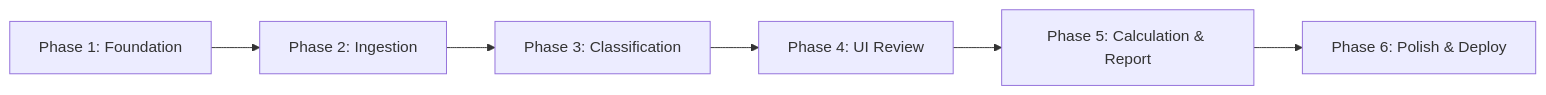
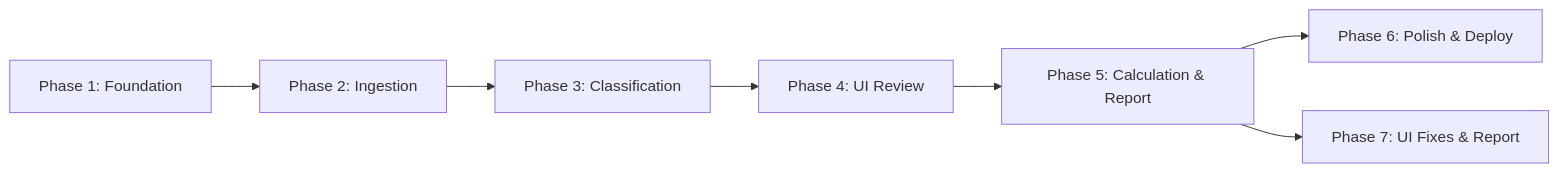
Before and after one commit to fjacquet/store-predict: the first of 2 diagrams in .planning/ROADMAP.md, drawn with Mermaid. The commit also changed other lines of this file and 2 other files, not shown here.

````diff
--- a/.planning/ROADMAP.md
+++ b/.planning/ROADMAP.md
@@ -5,8 +5,9 @@
 ```mermaid
 graph LR
     P1[Phase 1: Foundation] --> P2[Phase 2: Ingestion]
     P2 --> P3[Phase 3: Classification]
     P3 --> P4[Phase 4: UI Review]
     P4 --> P5[Phase 5: Calculation & Report]
     P5 --> P6[Phase 6: Polish & Deploy]
+    P5 --> P7[Phase 7: UI Fixes & Report]
 ```
````
